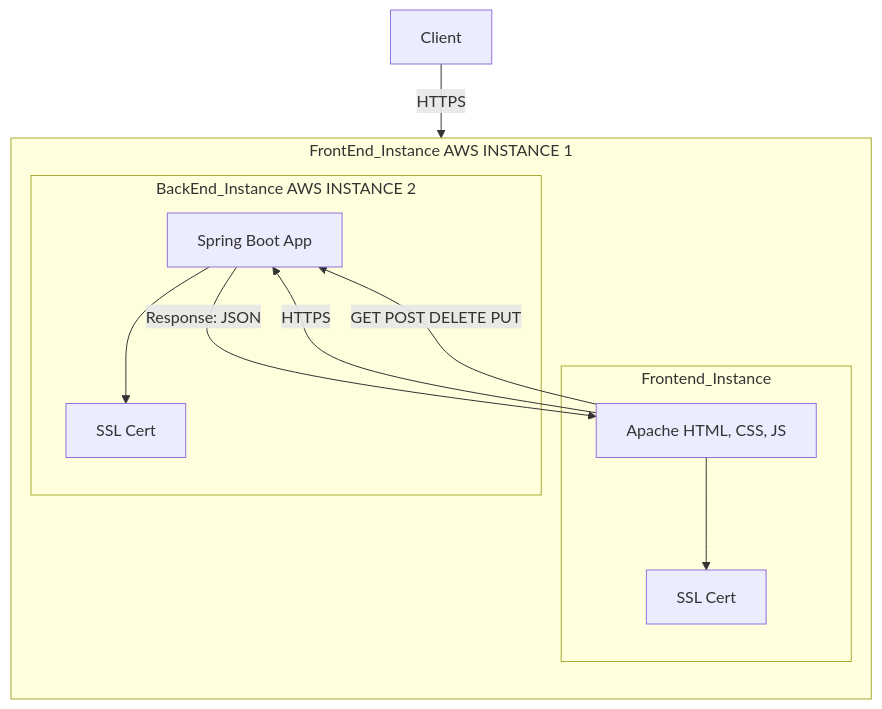
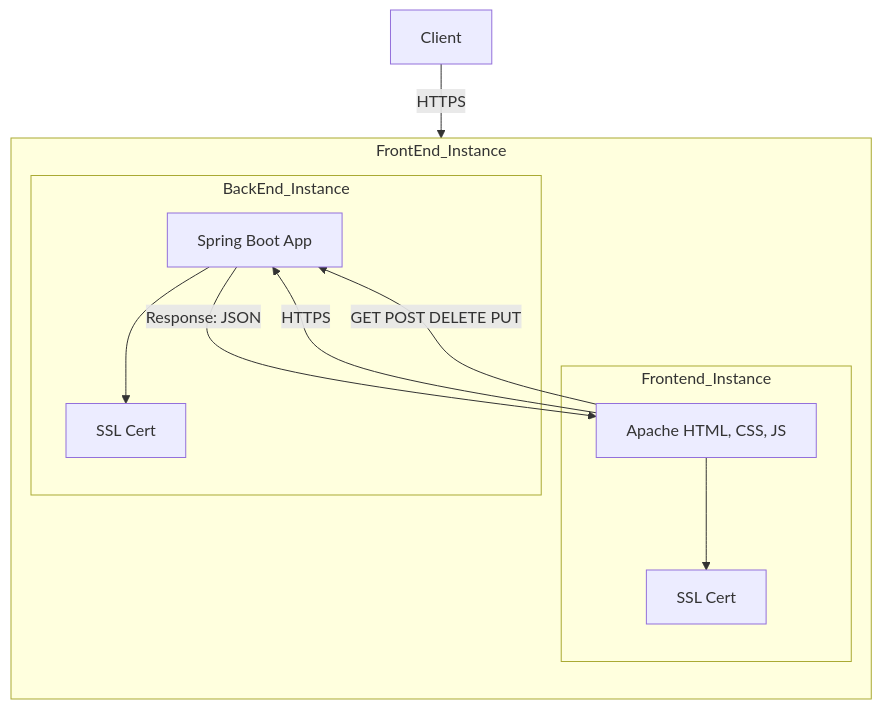
One commit to CamiloMurcia28/AREP-LAB06 changed the second of 2 diagrams in README.md. Above: the diagram before and after it, drawn with Mermaid.

````diff
--- a/README.md
+++ b/README.md
@@ -97,27 +97,27 @@
 ```mermaid
 graph TD
 
     F[Client] -->|HTTPS| B
 
-    subgraph "FrontEnd_Instance" AWS INSTANCE 1
+    subgraph FrontEnd_Instance
         direction TB
 
-        subgraph Frontend_Instance
+        subgraph "Frontend_Instance"
             B[Apache HTML, CSS, JS]
             C[SSL Cert]
             B --> C
         end
 
-        subgraph "BackEnd_Instance" AWS INSTANCE 2
+        subgraph "BackEnd_Instance"
             D[Spring Boot App]
             E[SSL Cert]
             D --> E
         end
 
         
 
         B -->|HTTPS| D
         B -->|GET POST DELETE PUT| D
         D -->|Response: JSON| B
     end
 ```
````
